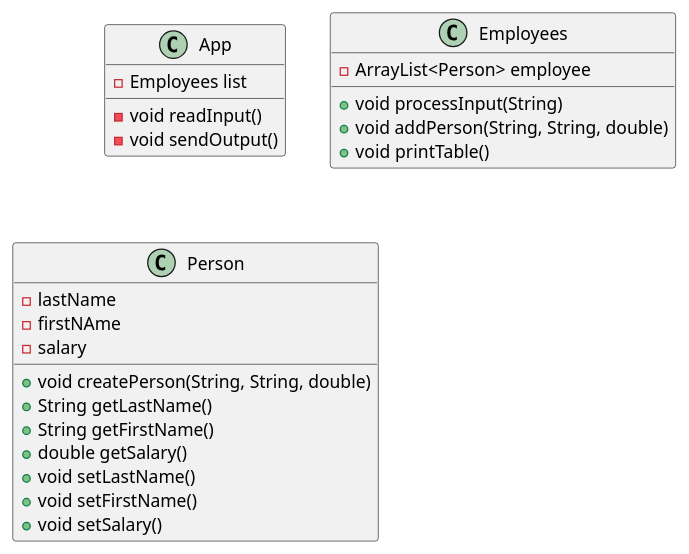
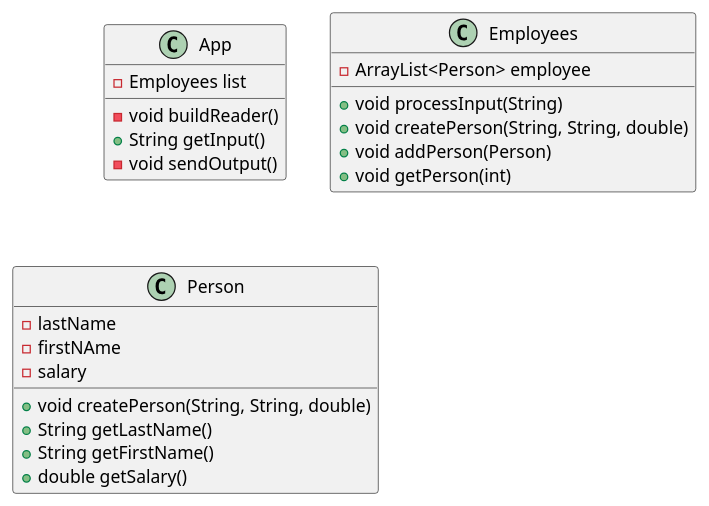
One commit to arkaik2k01/nobrega-cop3330-assignment3 changed the diagram in src/main/java/Assignments/ex42/classHierarchy.puml. Above: the diagram before and after it, drawn with PlantUML. The commit also changed 2 other files, not shown here.

```diff
--- a/src/main/java/Assignments/ex42/classHierarchy.puml
+++ b/src/main/java/Assignments/ex42/classHierarchy.puml
@@ -1,33 +1,32 @@
 @startuml
 'https://plantuml.com/class-diagram
 
 class App {
     -Employees list
 
-    - void readInput()
+    - void buildReader()
+    + String getInput()
     - void sendOutput()
 }
 
 class Employees {
     -ArrayList<Person> employee
 
     + void processInput(String)
-    + void addPerson(String, String, double)
-    + void printTable()
+    + void createPerson(String, String, double)
+    + void addPerson(Person)
+    + void getPerson(int)
 }
 
 class Person {
     - lastName
     - firstNAme
     - salary
 
     + void createPerson(String, String, double)
     + String getLastName()
     + String getFirstName()
     + double getSalary()
-    + void setLastName()
-    + void setFirstName()
-    + void setSalary()
 }
 
 @enduml
```
